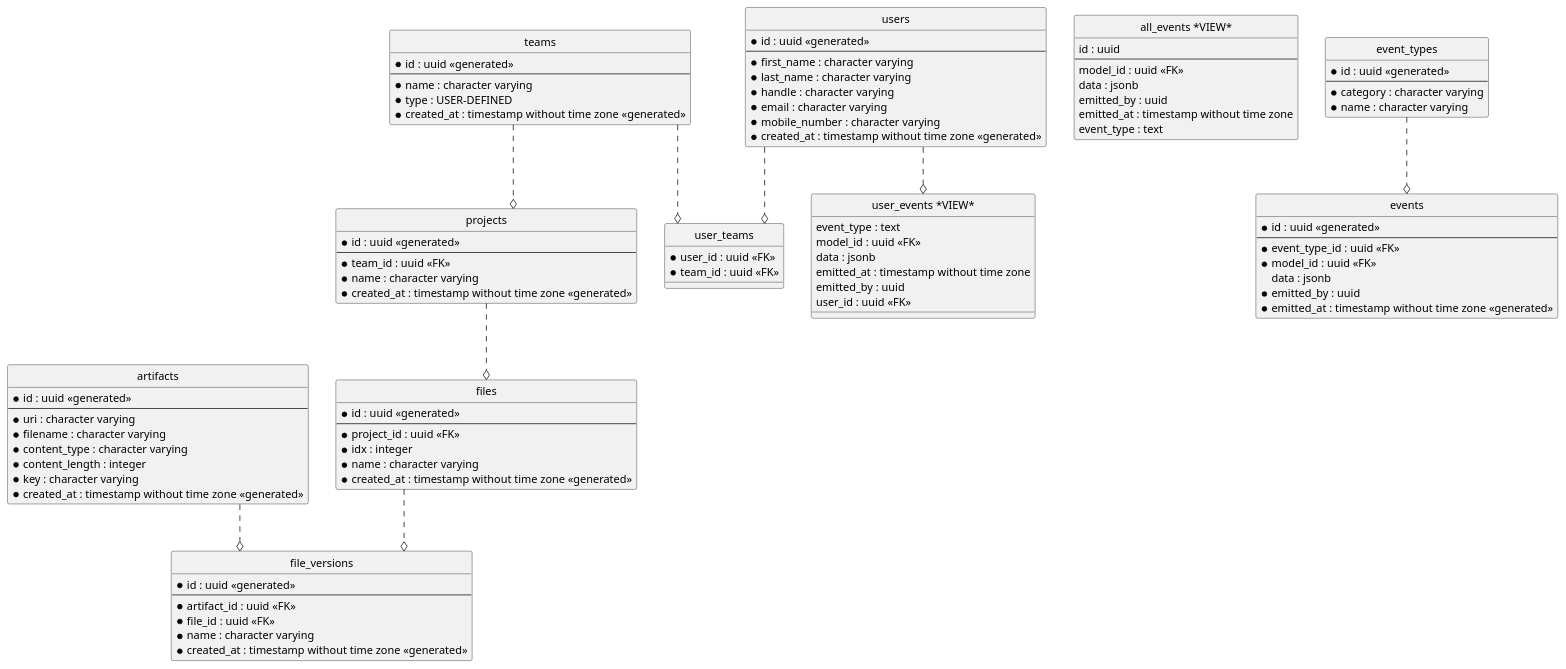
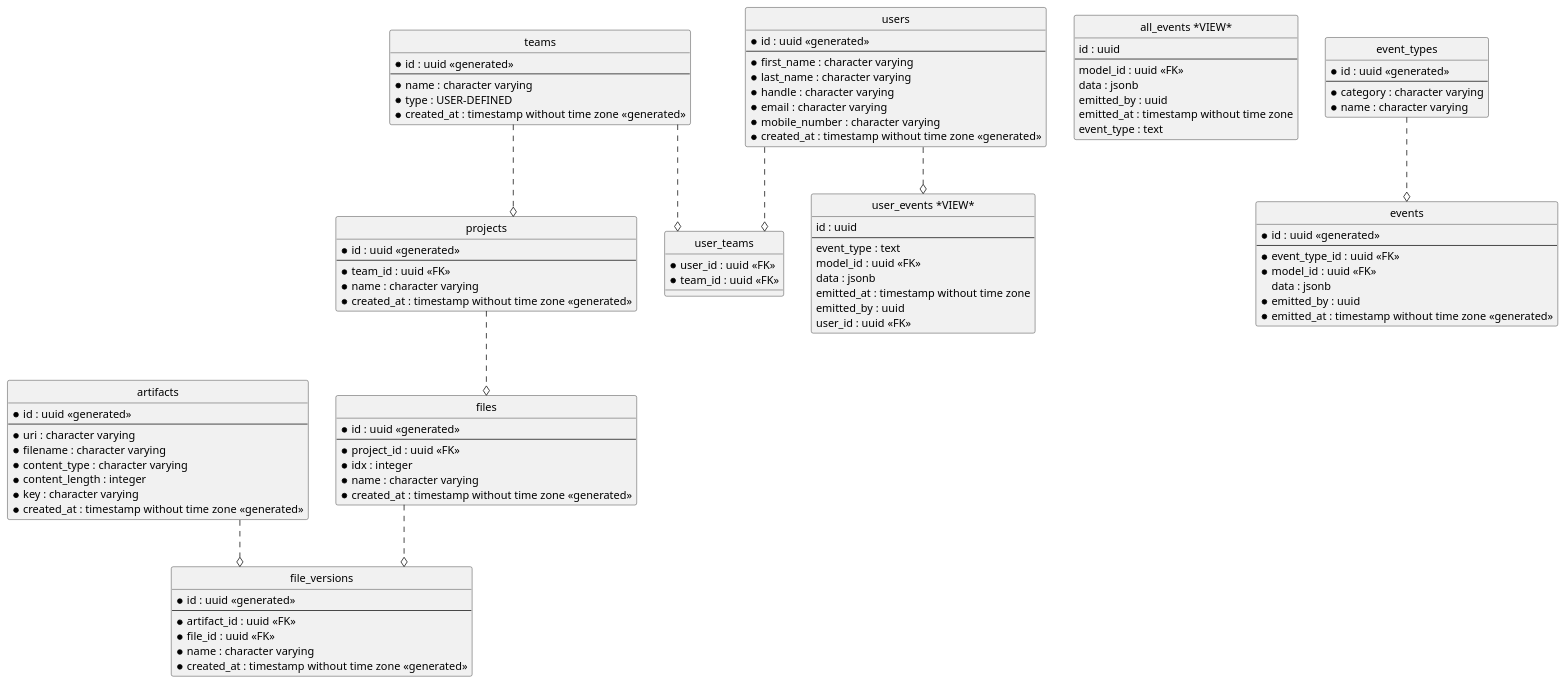
The diagram in resources/db/erd.puml (skuttleman/audiophile), drawn with PlantUML before and after one commit. The commit also changed 2 other files, not shown here.

```diff
--- a/resources/db/erd.puml
+++ b/resources/db/erd.puml
@@ -1,111 +1,113 @@
 @startuml
 hide circle
 skinparam linetype ortho
 
 entity "artifacts" as artifacts {
   * id : uuid <<generated>>
   --
   * uri : character varying
   * filename : character varying
   * content_type : character varying
   * content_length : integer
   * key : character varying
   * created_at : timestamp without time zone <<generated>>
 }
 
 entity "teams" as teams {
   * id : uuid <<generated>>
   --
   * name : character varying
   * type : USER-DEFINED
   * created_at : timestamp without time zone <<generated>>
 }
 
 entity "files" as files {
   * id : uuid <<generated>>
   --
   * project_id : uuid <<FK>>
   * idx : integer
   * name : character varying
   * created_at : timestamp without time zone <<generated>>
 }
 
 entity "all_events *VIEW*" as all_events {
   id : uuid
   --
   model_id : uuid <<FK>>
   data : jsonb
   emitted_by : uuid
   emitted_at : timestamp without time zone
   event_type : text
 }
 
 entity "event_types" as event_types {
   * id : uuid <<generated>>
   --
   * category : character varying
   * name : character varying
 }
 
 entity "users" as users {
   * id : uuid <<generated>>
   --
   * first_name : character varying
   * last_name : character varying
   * handle : character varying
   * email : character varying
   * mobile_number : character varying
   * created_at : timestamp without time zone <<generated>>
 }
 
 entity "file_versions" as file_versions {
   * id : uuid <<generated>>
   --
   * artifact_id : uuid <<FK>>
   * file_id : uuid <<FK>>
   * name : character varying
   * created_at : timestamp without time zone <<generated>>
 }
 
 entity "events" as events {
   * id : uuid <<generated>>
   --
   * event_type_id : uuid <<FK>>
   * model_id : uuid <<FK>>
   data : jsonb
   * emitted_by : uuid
   * emitted_at : timestamp without time zone <<generated>>
 }
 
 entity "projects" as projects {
   * id : uuid <<generated>>
   --
   * team_id : uuid <<FK>>
   * name : character varying
   * created_at : timestamp without time zone <<generated>>
 }
 
 entity "user_teams" as user_teams {
   * user_id : uuid <<FK>>
   * team_id : uuid <<FK>>
 }
 
 entity "user_events *VIEW*" as user_events {
+  id : uuid
+  --
   event_type : text
   model_id : uuid <<FK>>
   data : jsonb
   emitted_at : timestamp without time zone
   emitted_by : uuid
   user_id : uuid <<FK>>
 }
 
 projects ..o files
 artifacts ..o file_versions
 files ..o file_versions
 event_types ..o events
 teams ..o projects
 users ..o user_teams
 teams ..o user_teams
 users ..o user_events
 
 @enduml
```
